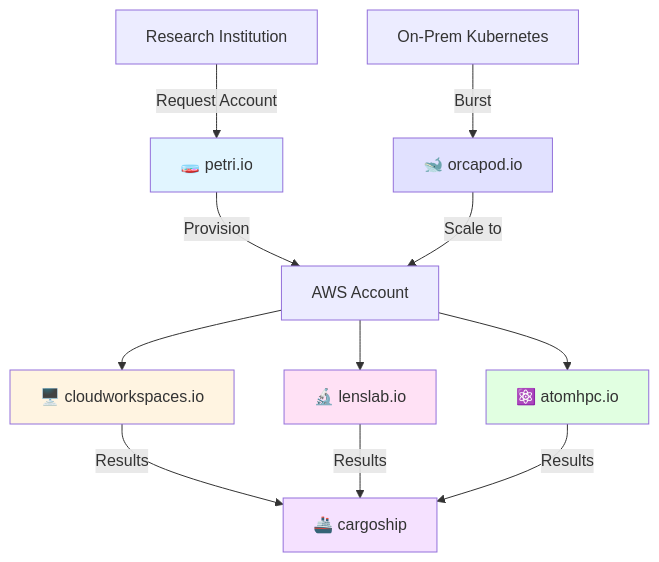
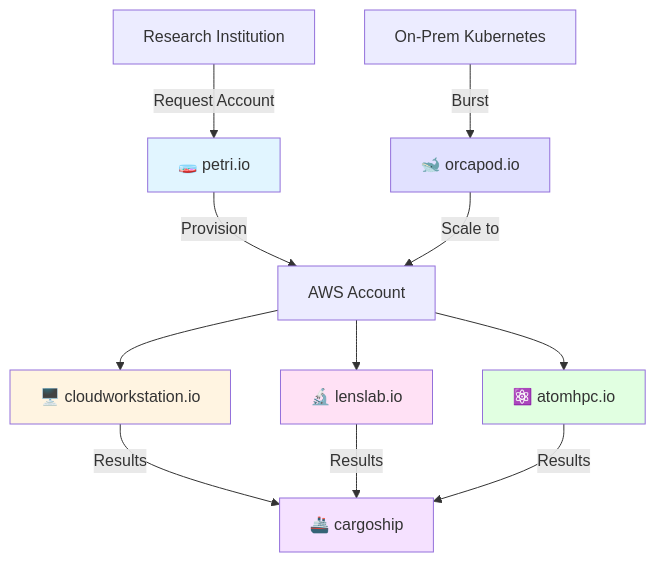
Before and after one commit to scttfrdmn/researchcomputing: the diagram in docs/index.md, drawn with Mermaid. The commit also changed other lines of this file and 9 other files, not shown here.

First line of the commit message:
Update branding: cloudworkspaces → cloudworkstation, add cargoship.io domain

````diff
--- a/docs/index.md
+++ b/docs/index.md
@@ -11,23 +11,23 @@
 ```mermaid
 graph TB
     University[Research Institution] -->|Request Account| Petri[🧫 petri.io]
     Petri -->|Provision| AWS[AWS Account]
 
-    AWS --> CW[🖥️ cloudworkspaces.io]
+    AWS --> CW[🖥️ cloudworkstation.io]
     AWS --> Lens[🔬 lenslab.io]
     AWS --> ATOM[⚛️ atomhpc.io]
 
     CW -->|Results| Cargo[🚢 cargoship]
     Lens -->|Results| Cargo
     ATOM -->|Results| Cargo
 
     K8s[On-Prem Kubernetes] -->|Burst| ORCA[🐋 orcapod.io]
     ORCA -->|Scale to| AWS
 
     style Petri fill:#e1f5ff
     style CW fill:#fff4e1
     style Lens fill:#ffe1f5
     style ATOM fill:#e1ffe1
     style Cargo fill:#f5e1ff
     style ORCA fill:#e1e1ff
 ```
````
